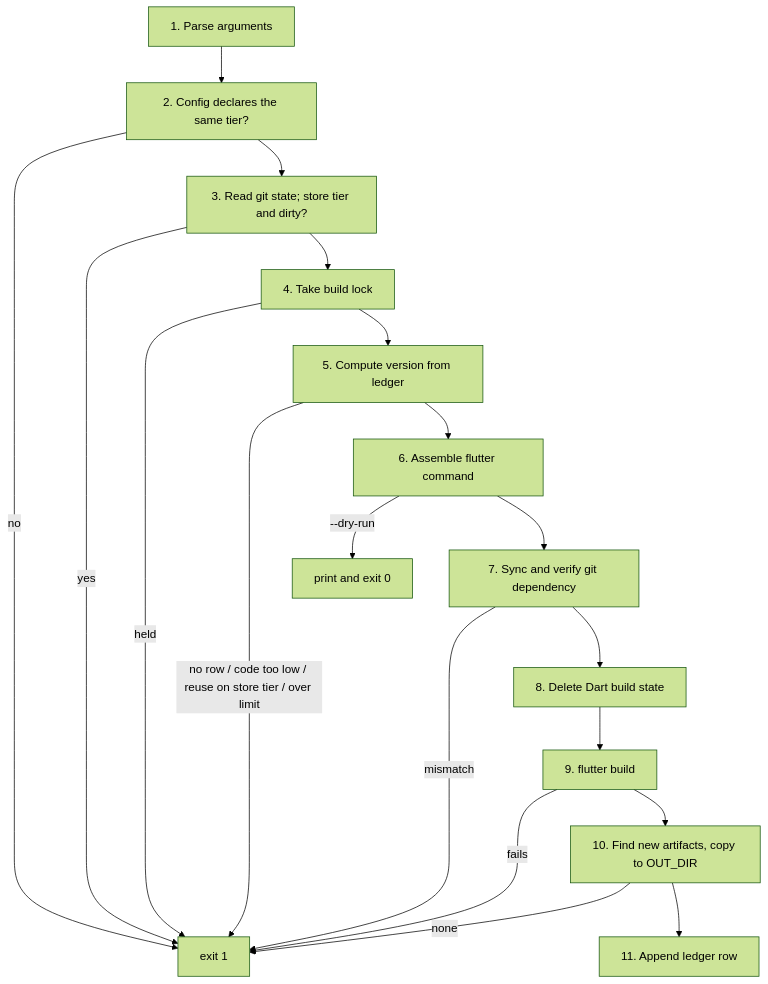
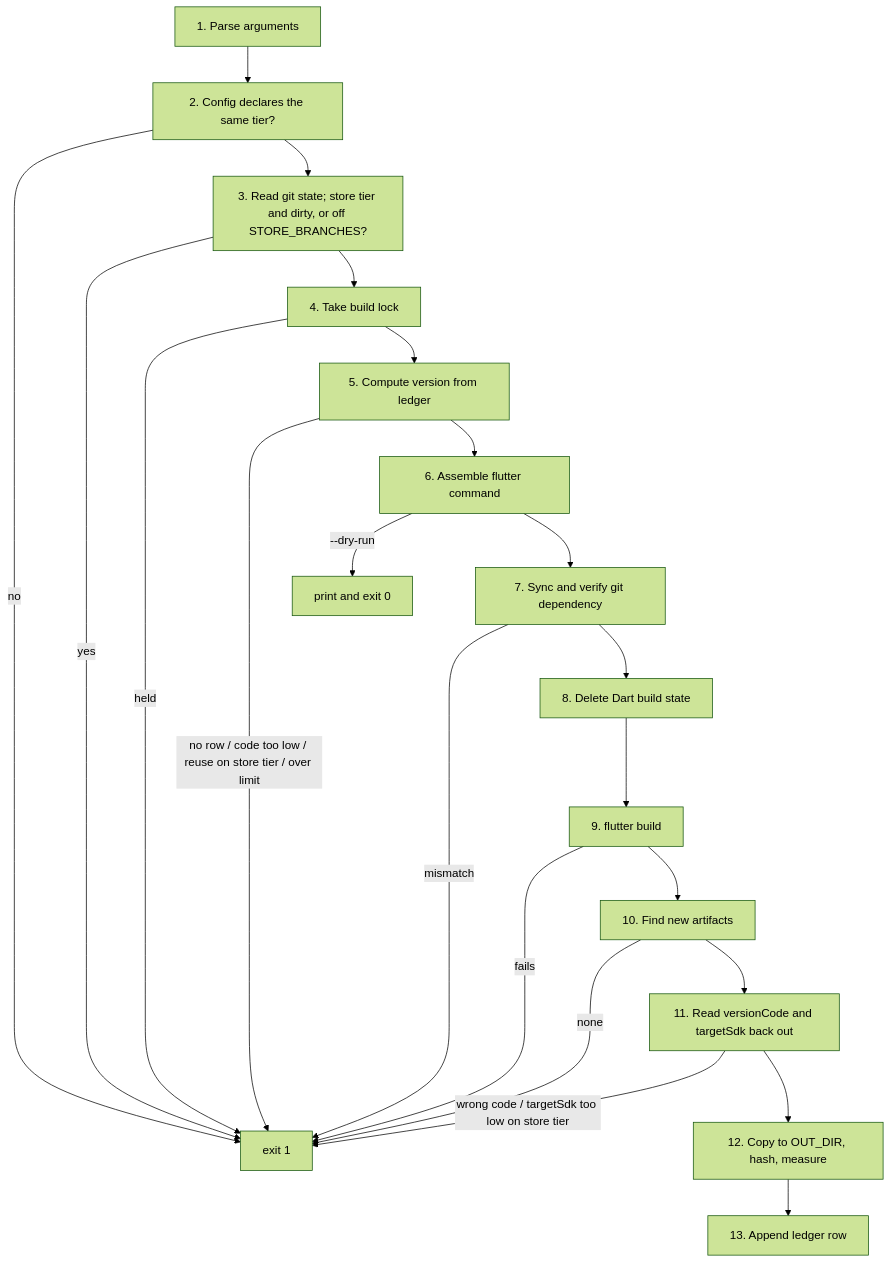
Before and after one commit to FardousNayeem/Flutter-Versioning-Guide: the diagram in docs/05-anatomy.md, drawn with Mermaid (forest theme). The commit also changed other lines of this file and 21 other files, not shown here.

````diff
--- a/docs/05-anatomy.md
+++ b/docs/05-anatomy.md
@@ -7,21 +7,24 @@
 ```mermaid
 flowchart TD
     A[1. Parse arguments] --> B[2. Config declares the same tier?]
     B -->|no| X[exit 1]
-    B --> C[3. Read git state; store tier and dirty?]
+    B --> C[3. Read git state; store tier and dirty, or off STORE_BRANCHES?]
     C -->|yes| X
     C --> D[4. Take build lock]
     D -->|held| X
     D --> E[5. Compute version from ledger]
     E -->|no row / code too low / reuse on store tier / over limit| X
     E --> F[6. Assemble flutter command]
     F -->|--dry-run| Y[print and exit 0]
     F --> G[7. Sync and verify git dependency]
     G -->|mismatch| X
     G --> H[8. Delete Dart build state]
     H --> I[9. flutter build]
     I -->|fails| X
-    I --> J[10. Find new artifacts, copy to OUT_DIR]
+    I --> J[10. Find new artifacts]
     J -->|none| X
-    J --> K[11. Append ledger row]
+    J --> V[11. Read versionCode and targetSdk back out]
+    V -->|wrong code / targetSdk too low on store tier| X
+    V --> F2[12. Copy to OUT_DIR, hash, measure]
+    F2 --> K[13. Append ledger row]
 ```
````
